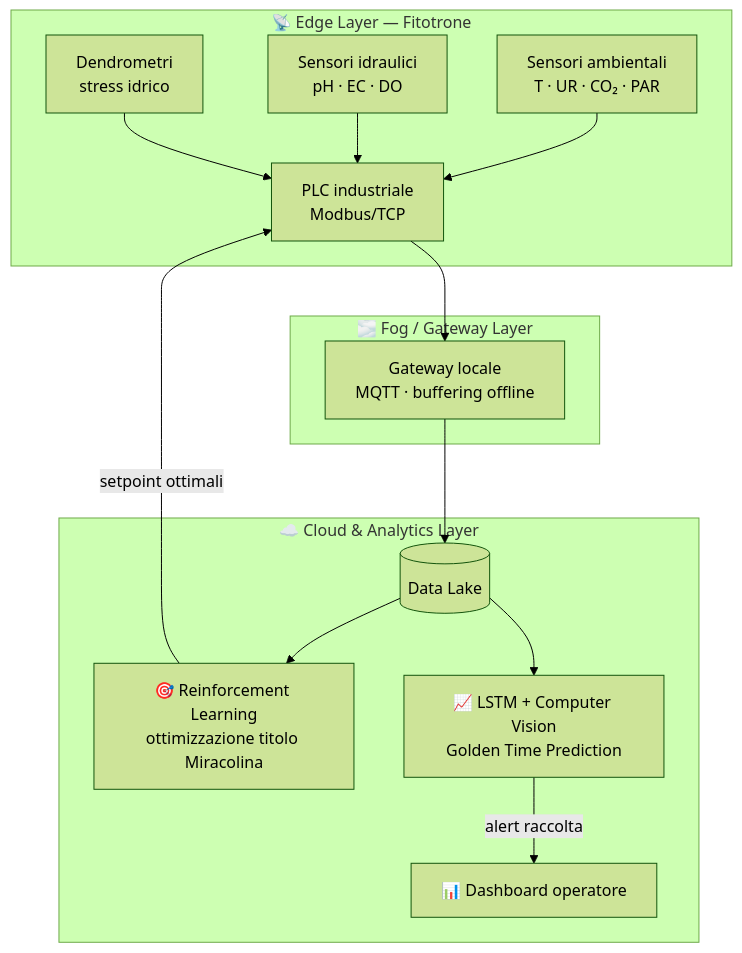
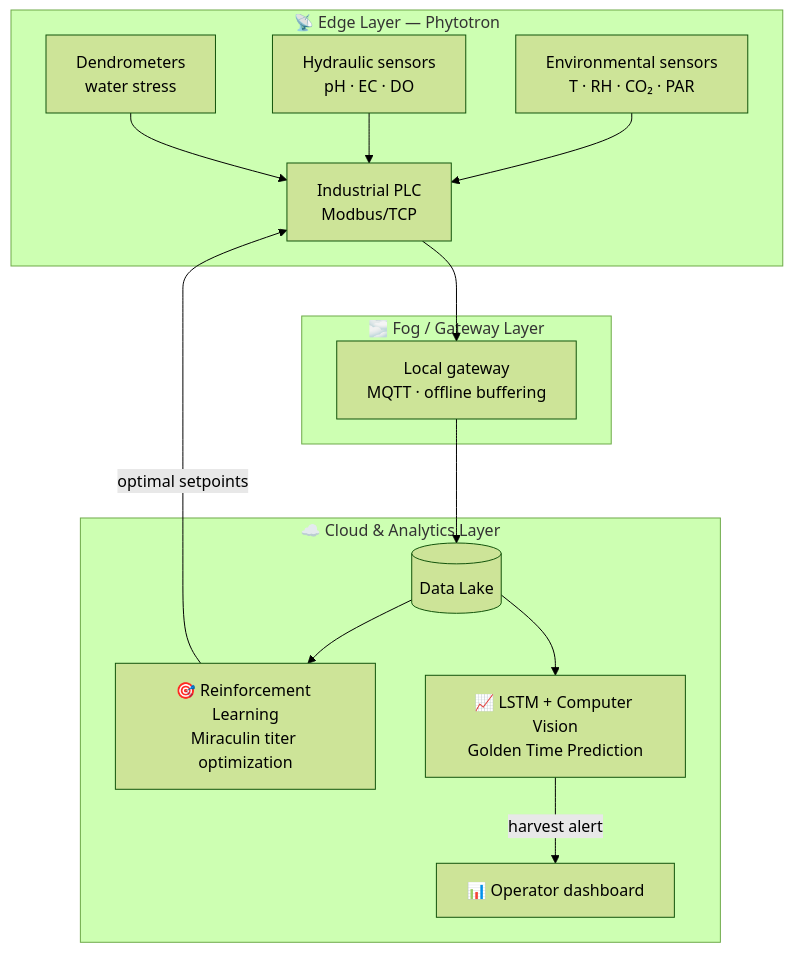
One commit to simofildi/sweeft changed the second of 5 diagrams in README.md. Above: the diagram before and after it, drawn with Mermaid (forest theme). The commit also changed other lines of this file and 2 other files, not shown here.

````diff
--- a/README.md
+++ b/README.md
@@ -107,27 +107,27 @@
 ```mermaid
 graph TB
-    subgraph Edge["📡 Edge Layer — Fitotrone"]
-        S1["Sensori ambientali\nT · UR · CO₂ · PAR"]
-        S2["Sensori idraulici\npH · EC · DO"]
-        S3["Dendrometri\nstress idrico"]
-        PLC["PLC industriale\nModbus/TCP"]
+    subgraph Edge["📡 Edge Layer — Phytotron"]
+        S1["Environmental sensors\nT · RH · CO₂ · PAR"]
+        S2["Hydraulic sensors\npH · EC · DO"]
+        S3["Dendrometers\nwater stress"]
+        PLC["Industrial PLC\nModbus/TCP"]
     end
     subgraph Fog["🌫️ Fog / Gateway Layer"]
-        GW["Gateway locale\nMQTT · buffering offline"]
+        GW["Local gateway\nMQTT · offline buffering"]
     end
     subgraph Cloud["☁️ Cloud & Analytics Layer"]
         DL[("Data Lake")]
-        ML1["🎯 Reinforcement Learning\nottimizzazione titolo Miracolina"]
+        ML1["🎯 Reinforcement Learning\nMiraculin titer optimization"]
         ML2["📈 LSTM + Computer Vision\nGolden Time Prediction"]
-        DASH["📊 Dashboard operatore"]
+        DASH["📊 Operator dashboard"]
     end
 
     S1 --> PLC
     S2 --> PLC
     S3 --> PLC
     PLC --> GW --> DL
     DL --> ML1
     DL --> ML2
-    ML1 -->|setpoint ottimali| PLC
-    ML2 -->|alert raccolta| DASH
+    ML1 -->|optimal setpoints| PLC
+    ML2 -->|harvest alert| DASH
 ```
````
